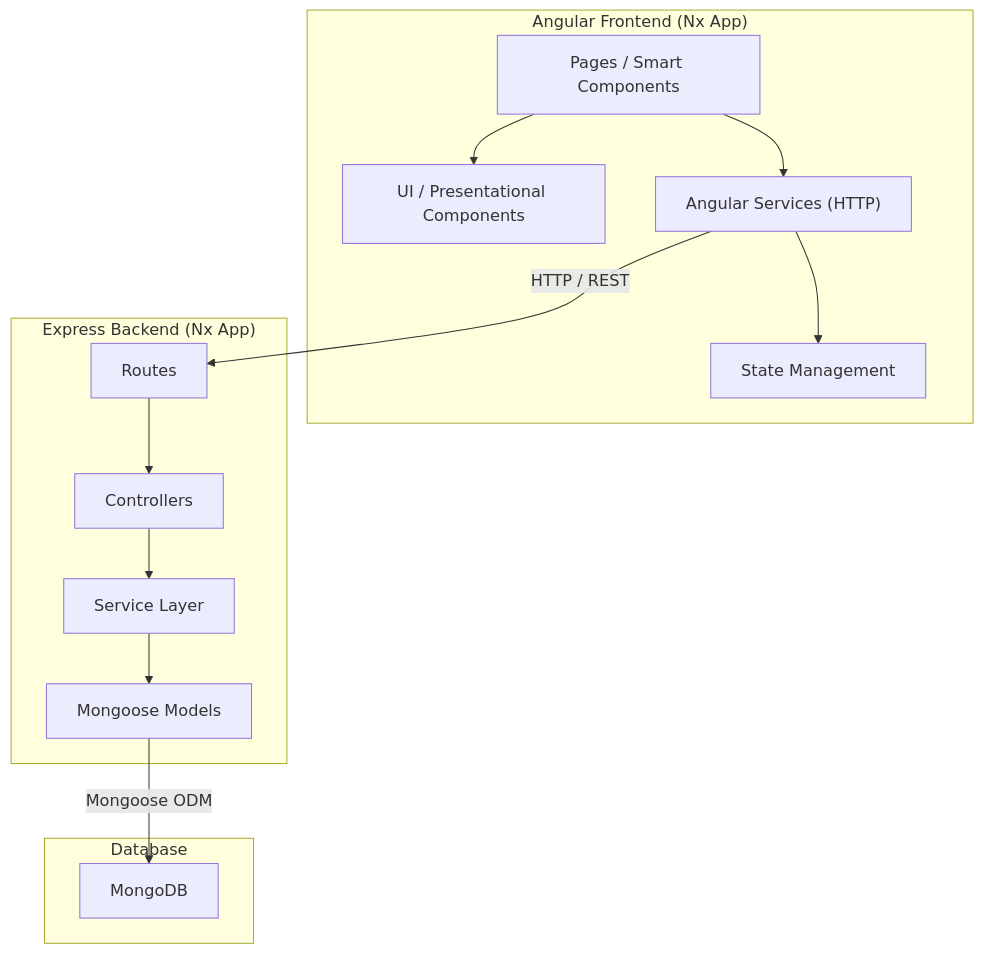
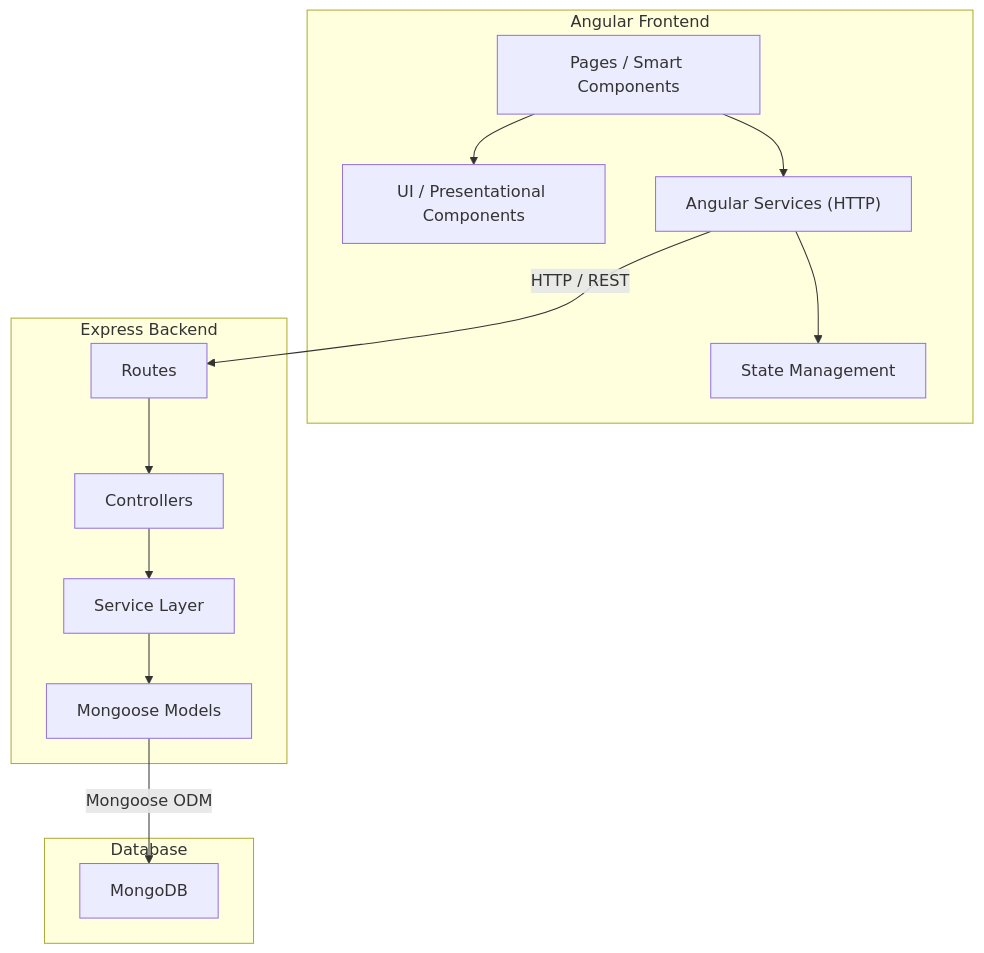
Before and after one commit to lindseychoi/yoga-hom-project-lchoi: the first of 9 diagrams in PLAN.md, drawn with Mermaid. The commit also changed other lines of this file and 44 other files, not shown here.

````diff
--- a/PLAN.md
+++ b/PLAN.md
@@ -48,29 +48,29 @@
 ```mermaid
 graph TB
-    subgraph Client["Angular Frontend (Nx App)"]
+    subgraph Client["Angular Frontend"]
         Pages["Pages / Smart Components"]
         UI["UI / Presentational Components"]
         Services["Angular Services (HTTP)"]
         State["State Management"]
         Pages --> UI
         Pages --> Services
         Services --> State
     end
 
-    subgraph Server["Express Backend (Nx App)"]
+    subgraph Server["Express Backend"]
         Routes["Routes"]
         Controllers["Controllers"]
         SvcLayer["Service Layer"]
         Models["Mongoose Models"]
         Routes --> Controllers
         Controllers --> SvcLayer
         SvcLayer --> Models
     end
 
     subgraph DB["Database"]
         MongoDB["MongoDB"]
     end
 
     Services -->|"HTTP / REST"| Routes
     Models -->|"Mongoose ODM"| MongoDB
 ```
````
